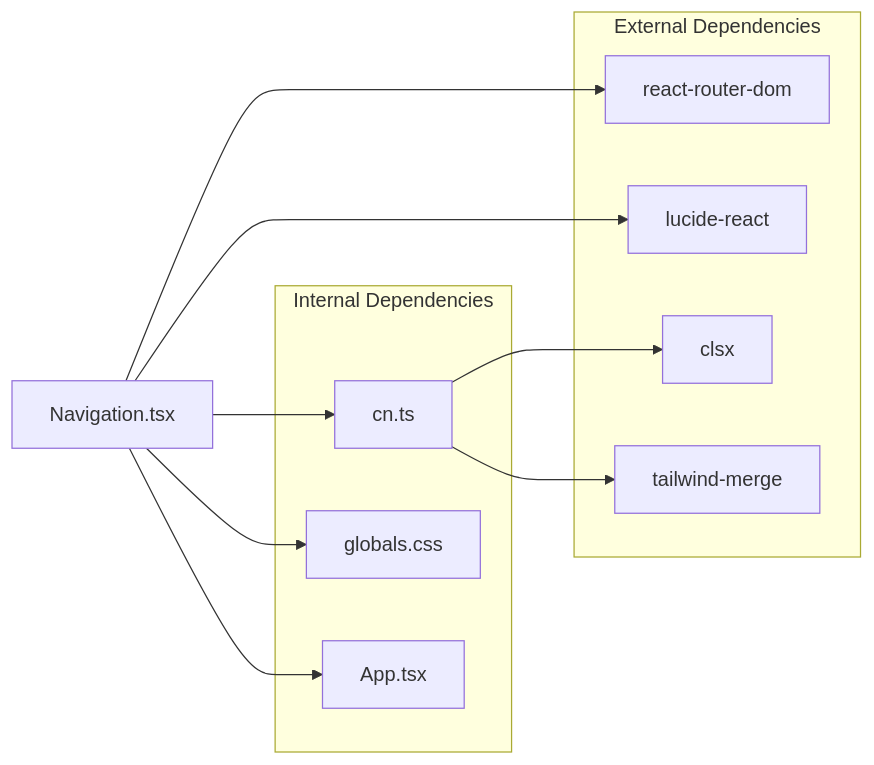
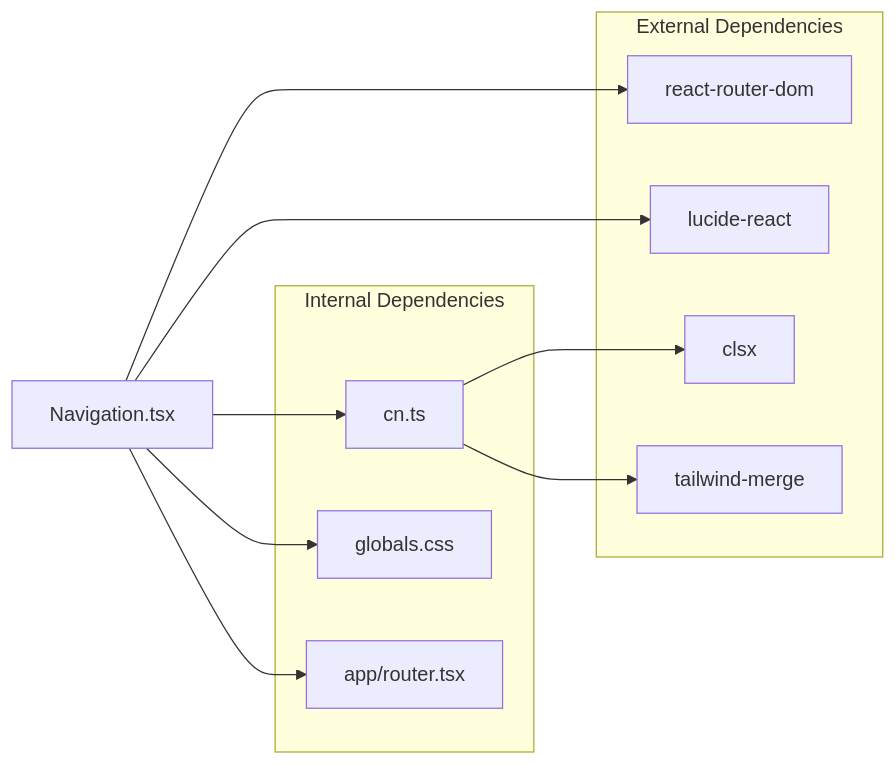
One commit to nilsnavi/fit_trackerpro changed the fourth of 4 diagrams in .qoder/repowiki/en/content/Frontend Component Architecture/Navigation System.md. Above: the diagram before and after it, drawn with Mermaid. The commit also changed other lines of this file and 9 other files, not shown here.

````diff
--- a/.qoder/repowiki/en/content/Frontend Component Architecture/Navigation System.md
+++ b/.qoder/repowiki/en/content/Frontend Component Architecture/Navigation System.md
@@ -298,21 +301,21 @@
 ```mermaid
 graph LR
 subgraph "External Dependencies"
 RR["react-router-dom"]
 LC["lucide-react"]
 CLSX["clsx"]
 TM["tailwind-merge"]
 end
 subgraph "Internal Dependencies"
 CN["cn.ts"]
 CSS["globals.css"]
-APP["App.tsx"]
+APP["app/router.tsx"]
 end
 NAV["Navigation.tsx"] --> RR
 NAV --> LC
 NAV --> CN
 NAV --> CSS
 NAV --> APP
 CN --> CLSX
 CN --> TM
 ```
````
